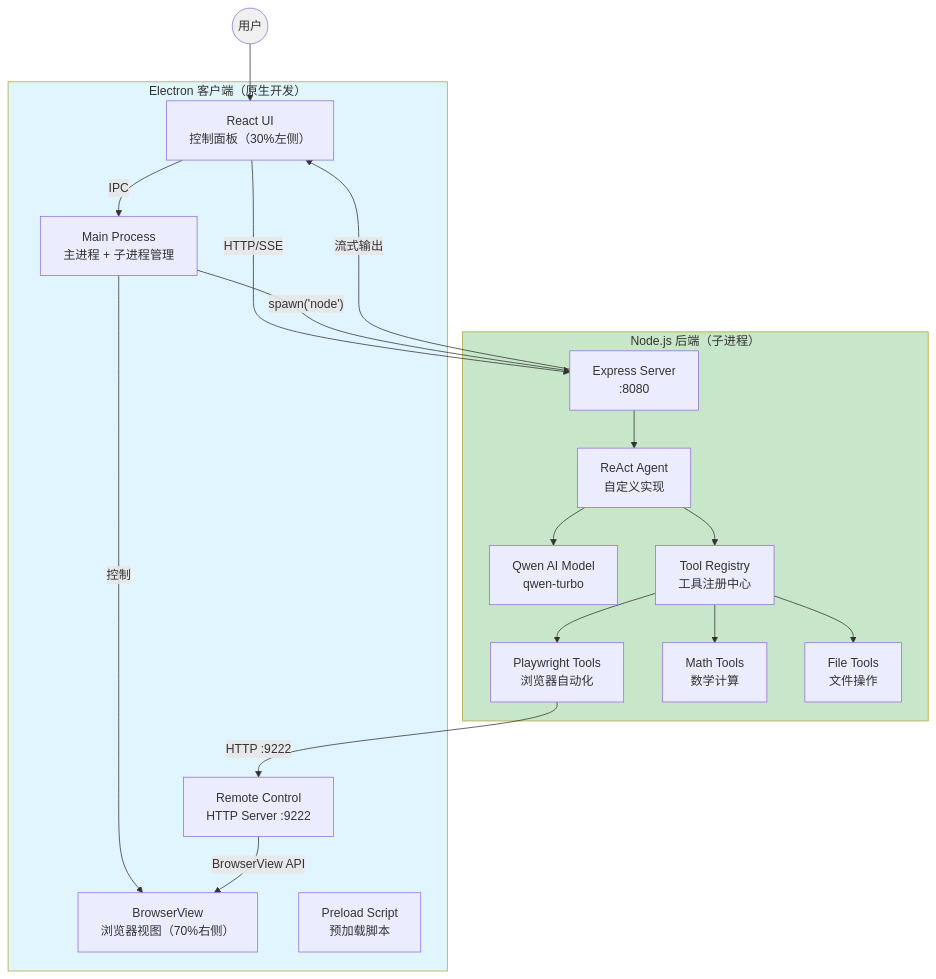
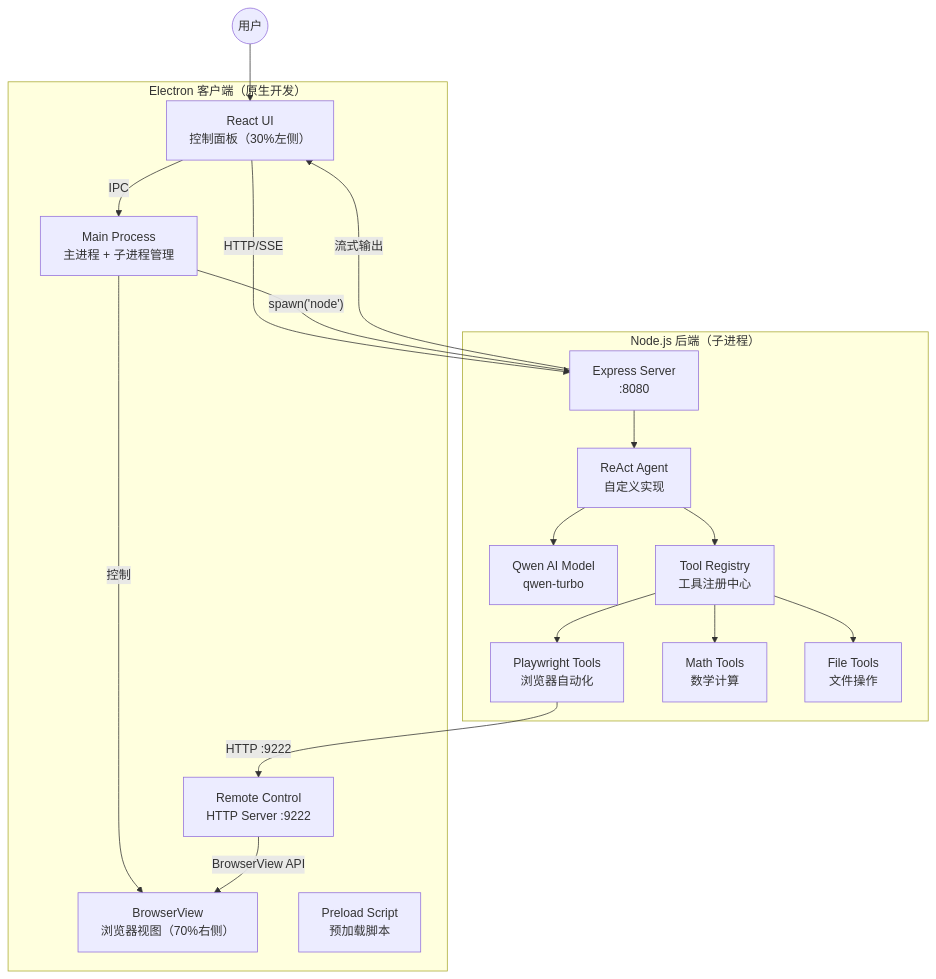
Before and after one commit to 1018053166/ReActAgentDemo: the first of 4 diagrams in README.md, drawn with Mermaid. The commit also changed other lines of this file and 1 other file, not shown here.

Commit message:
fix: 移除 Mermaid 图表中的 style 语句，修复渲染问题

````diff
--- a/README.md
+++ b/README.md
@@ -12,39 +12,35 @@
 ```mermaid
 graph TB
     subgraph electron["Electron 客户端（原生开发）"]
         UI["React UI<br/>控制面板（30%左侧）"]
         BV["BrowserView<br/>浏览器视图（70%右侧）"]
         Main["Main Process<br/>主进程 + 子进程管理"]
         Preload["Preload Script<br/>预加载脚本"]
         Remote["Remote Control<br/>HTTP Server :9222"]
     end
     
     subgraph nodejs["Node.js 后端（子进程）"]
         API["Express Server<br/>:8080"]
         ReAct["ReAct Agent<br/>自定义实现"]
         Qwen["Qwen AI Model<br/>qwen-turbo"]
         Tools["Tool Registry<br/>工具注册中心"]
         PlaywrightTools["Playwright Tools<br/>浏览器自动化"]
         MathTools["Math Tools<br/>数学计算"]
         FileTools["File Tools<br/>文件操作"]
     end
     
     User(("用户")) --> UI
     UI -->|"IPC"| Main
     UI -->|"HTTP/SSE"| API
     Main -->|"spawn('node')"| API
     Main -->|"控制"| BV
     API -->|"流式输出"| UI
     API --> ReAct
     ReAct --> Qwen
     ReAct --> Tools
     Tools --> PlaywrightTools
     Tools --> MathTools
     Tools --> FileTools
     PlaywrightTools -->|"HTTP :9222"| Remote
     Remote -->|"BrowserView API"| BV
-    
-    style electron fill:#e1f5ff
-    style nodejs fill:#c8e6c9
-    style User fill:#f0f0f0
 ```
````
